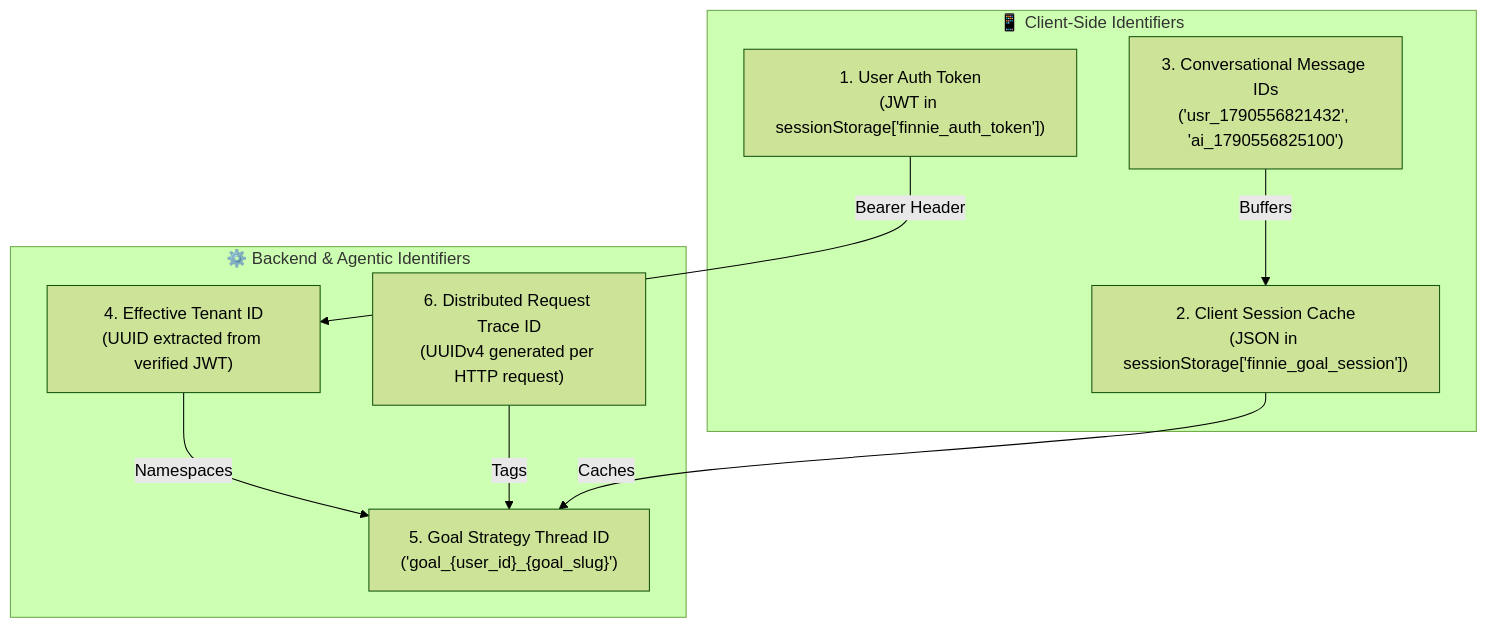
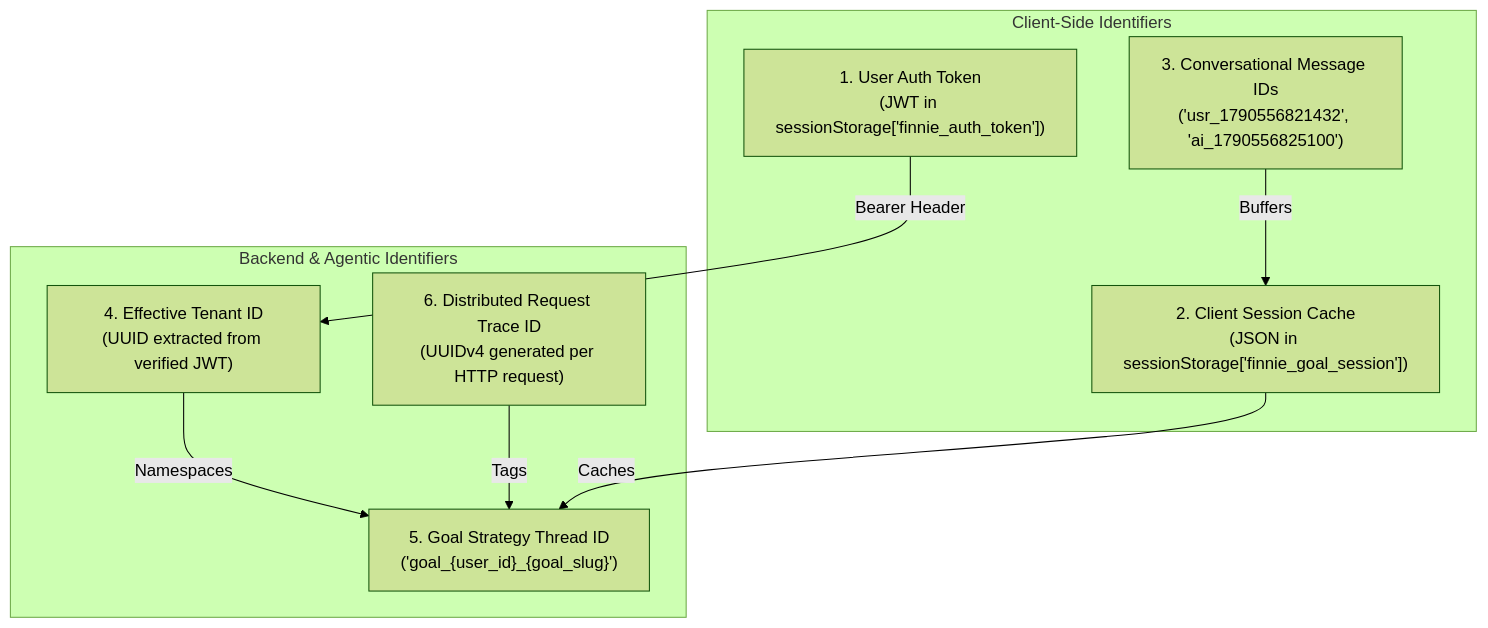
One commit to uthircloudnative/finnie-ai changed the second of 3 diagrams in docs/agentic_architecture/GOAL_PLANNER.md. Above: the diagram before and after it, drawn with Mermaid (forest theme). The commit also changed other lines of this file and 33 other files, not shown here.

````diff
--- a/docs/agentic_architecture/GOAL_PLANNER.md
+++ b/docs/agentic_architecture/GOAL_PLANNER.md
@@ -219,20 +219,20 @@
 ```mermaid
 graph TD
-    subgraph ClientLayers["📱 Client-Side Identifiers"]
+    subgraph ClientLayers["Client-Side Identifiers"]
         AuthToken["1. User Auth Token<br/>(JWT in sessionStorage['finnie_auth_token'])"]
         DraftCache["2. Client Session Cache<br/>(JSON in sessionStorage['finnie_goal_session'])"]
         MsgID["3. Conversational Message IDs<br/>('usr_1790556821432', 'ai_1790556825100')"]
     end
 
-    subgraph BackendLayers["⚙️ Backend & Agentic Identifiers"]
+    subgraph BackendLayers["Backend & Agentic Identifiers"]
         TenantID["4. Effective Tenant ID<br/>(UUID extracted from verified JWT)"]
         ThreadID["5. Goal Strategy Thread ID<br/>('goal_{user_id}_{goal_slug}')"]
         TraceID["6. Distributed Request Trace ID<br/>(UUIDv4 generated per HTTP request)"]
     end
 
     AuthToken -->|Bearer Header| TenantID
     TenantID -->|Namespaces| ThreadID
     DraftCache -->|Caches| ThreadID
     MsgID -->|Buffers| DraftCache
     TraceID -->|Tags| ThreadID
 ```
````
